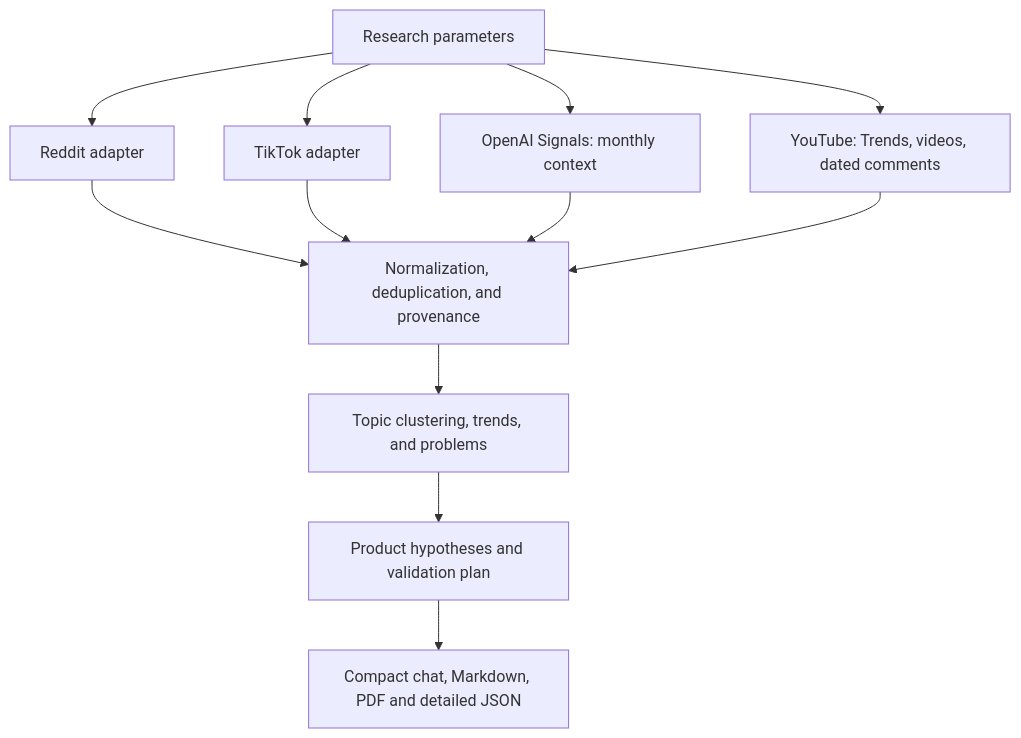
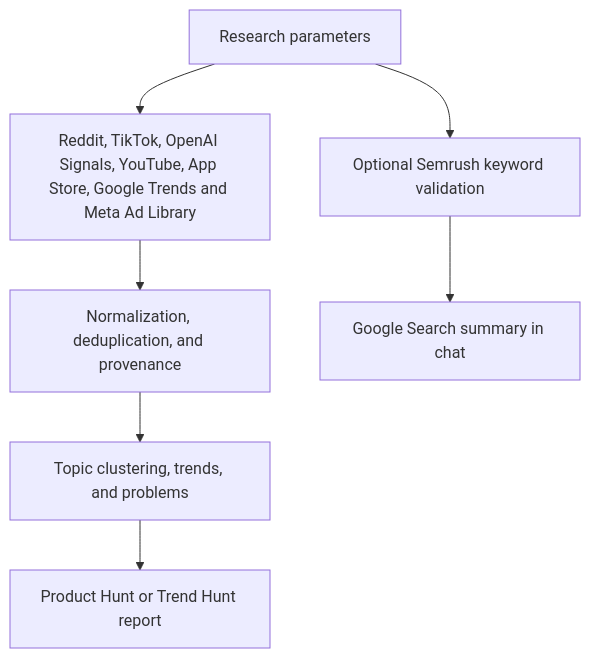
The diagram in README.md (roland19deschain/niche-hunter), drawn with Mermaid before and after one commit. The commit also changed other lines of this file and 19 other files, not shown here.

Commit message:
feat: release Niche Hunter 0.13.0 with Semrush keyword research

````diff
--- a/README.md
+++ b/README.md
@@ -365,14 +361,9 @@
 ```mermaid
 flowchart TD
-    Request["Research parameters"] --> Reddit["Reddit adapter"]
-    Request --> TikTok["TikTok adapter"]
-    Request --> ChatGPT["OpenAI Signals: monthly context"]
-    Request --> YouTube["YouTube: Trends, videos, dated comments"]
-    Reddit --> Observations["Normalization, deduplication, and provenance"]
-    TikTok --> Observations
-    ChatGPT --> Observations
-    YouTube --> Observations
+    Request["Research parameters"] --> Sources["Reddit, TikTok, OpenAI Signals, YouTube, App Store, Google Trends and Meta Ad Library"]
+    Sources --> Observations["Normalization, deduplication, and provenance"]
     Observations --> Analysis["Topic clustering, trends, and problems"]
-    Analysis --> Opportunities["Product hypotheses and validation plan"]
-    Opportunities --> Report["Compact chat, Markdown, PDF and detailed JSON"]
+    Analysis --> Report["Product Hunt or Trend Hunt report"]
+    Request --> Semrush["Optional Semrush keyword validation"]
+    Semrush --> Addendum["Google Search summary in chat"]
 ```
````
